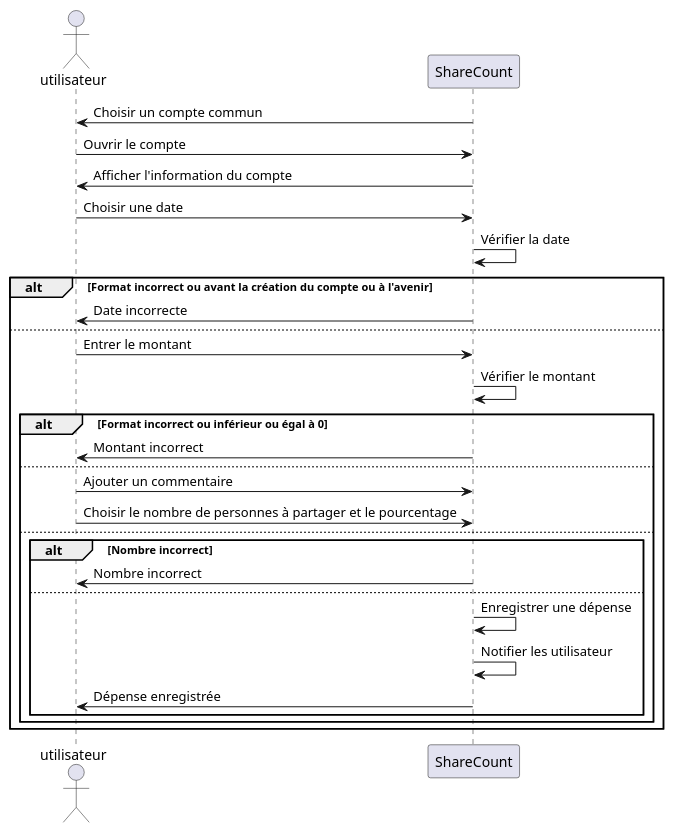
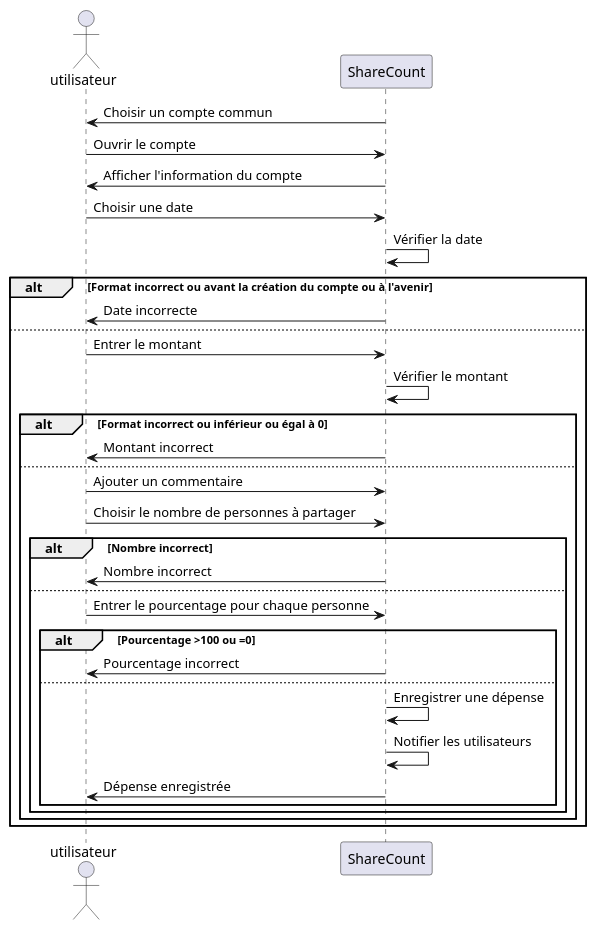
One commit to lmtb06/sharecount changed the diagram in diagrammes/specification/sequence/enregistrer-une-depense.puml. Above: the diagram before and after it, drawn with PlantUML. The commit also changed 11 other files, not shown here.

Commit message:
Modification des diagrammes de séquence

```diff
--- a/diagrammes/specification/sequence/enregistrer-une-depense.puml
+++ b/diagrammes/specification/sequence/enregistrer-une-depense.puml
@@ -1,39 +1,44 @@
 @startuml  Enregistrer une dépense
 
 actor utilisateur as u
 participant ShareCount as sc
 
 sc -> u : Choisir un compte commun
 u -> sc : Ouvrir le compte
 sc -> u : Afficher l'information du compte
 u -> sc : Choisir une date
 sc -> sc : Vérifier la date
 
 alt Format incorrect ou avant la création du compte ou à l'avenir
 sc -> u : Date incorrecte
 else
 
 
 u -> sc : Entrer le montant
 sc -> sc : Vérifier le montant
 alt Format incorrect ou inférieur ou égal à 0
 sc -> u : Montant incorrect
 else
 
 u -> sc : Ajouter un commentaire
-u -> sc : Choisir le nombre de personnes à partager et le pourcentage
-else
+u -> sc : Choisir le nombre de personnes à partager
 
 alt Nombre incorrect
 sc -> u : Nombre incorrect
 else
 
+u -> sc : Entrer le pourcentage pour chaque personne
+alt Pourcentage >100 ou =0
+sc -> u : Pourcentage incorrect
+else
+
 sc -> sc : Enregistrer une dépense
-sc -> sc : Notifier les utilisateur
+sc -> sc : Notifier les utilisateurs
 
 sc -> u : Dépense enregistrée
 
 end
 end
 end
+end
 @enduml
```
